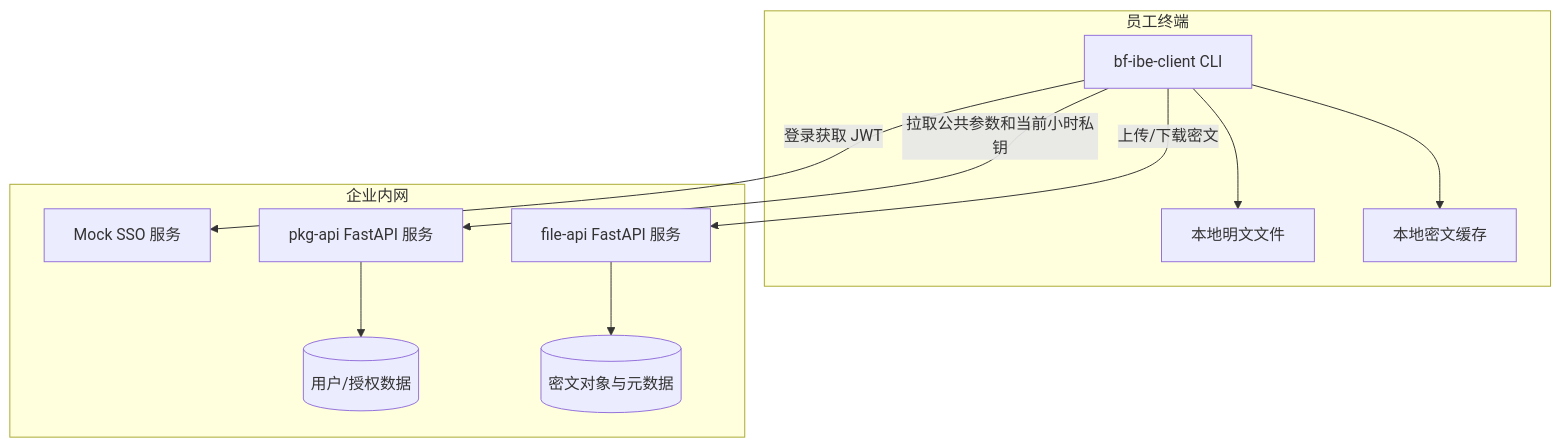
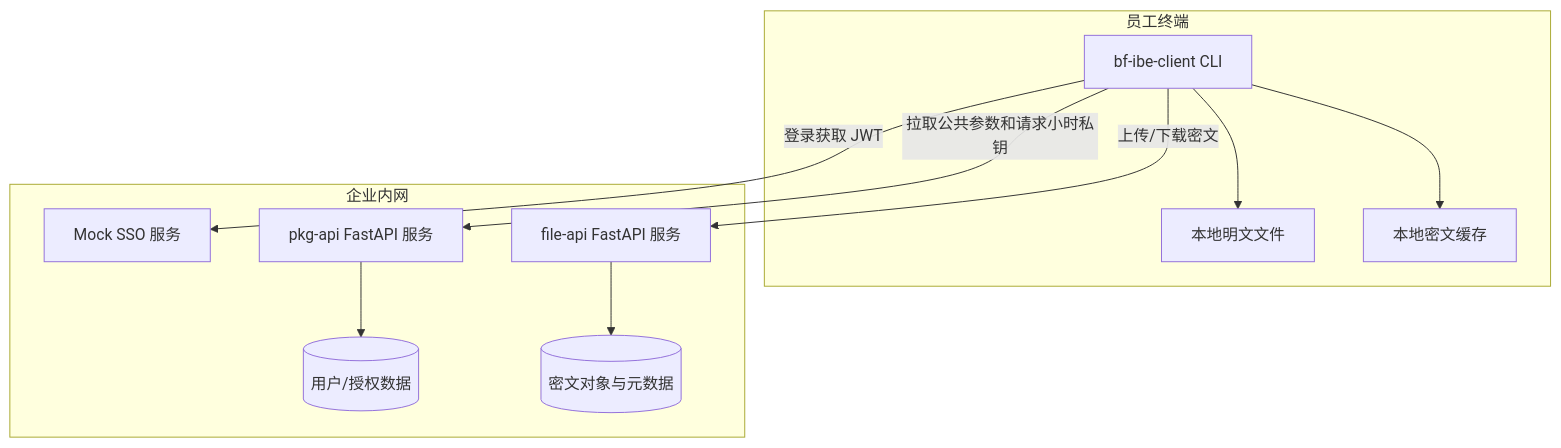
The second of 7 diagrams in docs/diagrams.md (firfisa/BF-IBE), drawn with Mermaid before and after one commit. The commit also changed other lines of this file and 6 other files, not shown here.

````diff
--- a/docs/diagrams.md
+++ b/docs/diagrams.md
@@ -16,24 +16,24 @@
 ```mermaid
 flowchart TB
   subgraph ClientHost["员工终端"]
     CLI["bf-ibe-client CLI"]
     Plain["本地明文文件"]
     CipherLocal["本地密文缓存"]
   end
 
   subgraph Intranet["企业内网"]
     Auth["Mock SSO 服务"]
     PKG["pkg-api FastAPI 服务"]
     FileAPI["file-api FastAPI 服务"]
     UserStore[("用户/授权数据")]
     FileStore[("密文对象与元数据")]
   end
 
   CLI --> Plain
   CLI --> CipherLocal
   CLI -->|"登录获取 JWT"| Auth
-  CLI -->|"拉取公共参数和当前小时私钥"| PKG
+  CLI -->|"拉取公共参数和请求小时私钥"| PKG
   CLI -->|"上传/下载密文"| FileAPI
   PKG --> UserStore
   FileAPI --> FileStore
 ```
````
